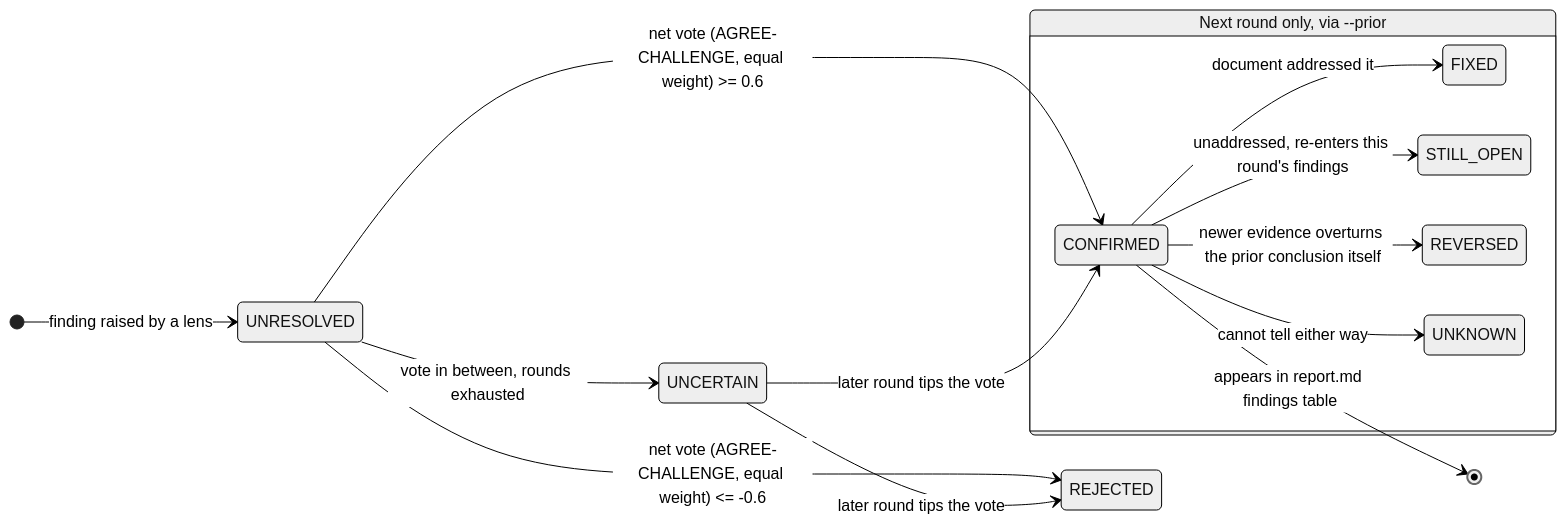
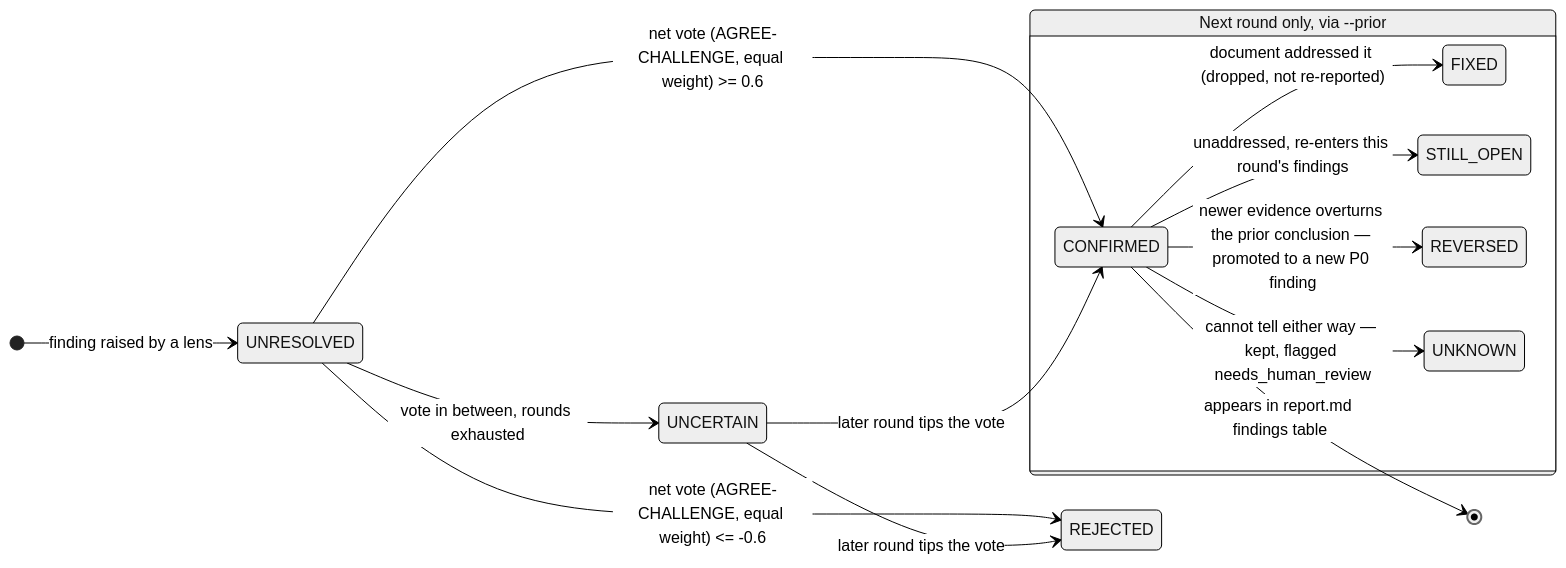
Before and after one commit to Loop-Suite/research-loop: the sixth of 8 diagrams in README.md, drawn with Mermaid (neutral theme). The commit also changed other lines of this file, not shown here.

First line of the commit message:
docs: rewrite README to reflect the shipped N-way discourse pipeline

````diff
--- a/README.md
+++ b/README.md
@@ -163,18 +219,18 @@
 ```mermaid
 stateDiagram-v2
     direction LR
     [*] --> UNRESOLVED: finding raised by a lens
     UNRESOLVED --> CONFIRMED: net vote (AGREE-CHALLENGE, equal weight) >= 0.6
     UNRESOLVED --> REJECTED: net vote (AGREE-CHALLENGE, equal weight) <= -0.6
     UNRESOLVED --> UNCERTAIN: vote in between, rounds exhausted
     UNCERTAIN --> CONFIRMED: later round tips the vote
     UNCERTAIN --> REJECTED: later round tips the vote
     CONFIRMED --> [*]: appears in report.md findings table
 
     state "Next round only, via --prior" as NextRound {
-        CONFIRMED --> FIXED: document addressed it
+        CONFIRMED --> FIXED: document addressed it (dropped, not re-reported)
         CONFIRMED --> STILL_OPEN: unaddressed, re-enters this round's findings
-        CONFIRMED --> REVERSED: newer evidence overturns the prior conclusion itself
-        CONFIRMED --> UNKNOWN: cannot tell either way
+        CONFIRMED --> REVERSED: newer evidence overturns the prior conclusion — promoted to a new P0 finding
+        CONFIRMED --> UNKNOWN: cannot tell either way — kept, flagged needs_human_review
     }
 ```
````
